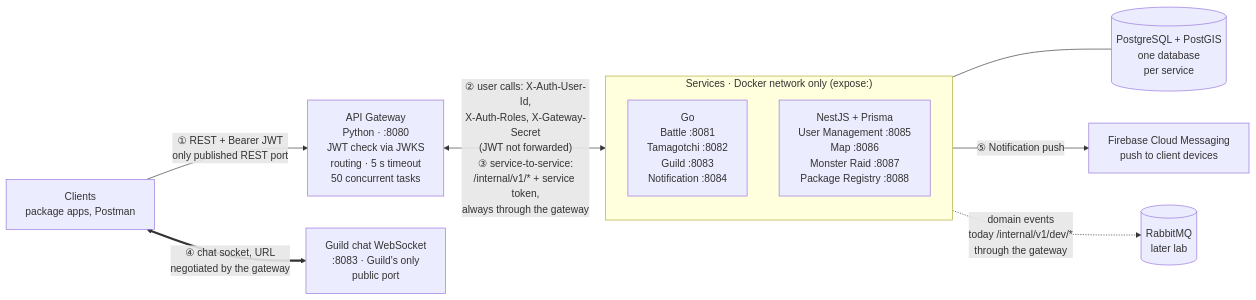
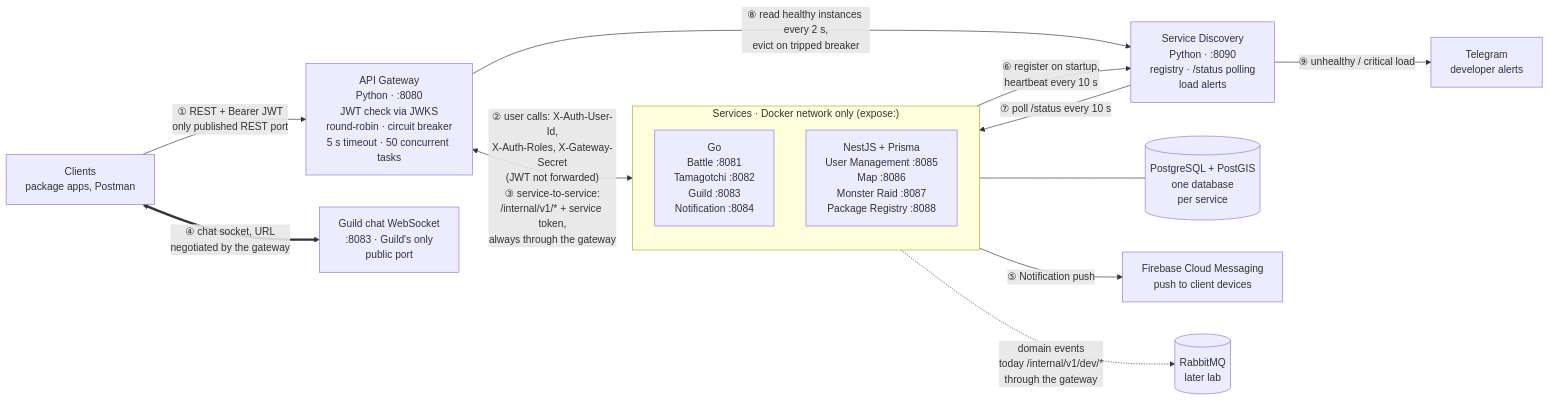
The first of 2 diagrams in README.md (MadalinaDev/tamagotchi-go-team-12), drawn with Mermaid before and after one commit. The commit also changed other lines of this file, not shown here.

Commit message:
docs(readme): document Lab 3 scaling and add Discovery to the architecture diagram

````diff
--- a/README.md
+++ b/README.md
@@ -44,22 +47,28 @@
 ```mermaid
 flowchart LR
     C["Clients<br/>package apps, Postman"]
-    GW["API Gateway<br/>Python · :8080<br/>JWT check via JWKS<br/>routing · 5 s timeout<br/>50 concurrent tasks"]
+    GW["API Gateway<br/>Python · :8080<br/>JWT check via JWKS<br/>round-robin · circuit breaker<br/>5 s timeout · 50 concurrent tasks"]
+    SD["Service Discovery<br/>Python · :8090<br/>registry · /status polling<br/>load alerts"]
+    TG["Telegram<br/>developer alerts"]
     WS["Guild chat WebSocket<br/>:8083 · Guild's only<br/>public port"]
 
     subgraph SVC["Services · Docker network only (expose:)"]
         GOS["Go<br/>Battle :8081<br/>Tamagotchi :8082<br/>Guild :8083<br/>Notification :8084"]
         NEST["NestJS + Prisma<br/>User Management :8085<br/>Map :8086<br/>Monster Raid :8087<br/>Package Registry :8088"]
     end
 
     DB[("PostgreSQL + PostGIS<br/>one database<br/>per service")]
     F["Firebase Cloud Messaging<br/>push to client devices"]
     Q[("RabbitMQ<br/>later lab")]
 
     C -->|"① REST + Bearer JWT<br/>only published REST port"| GW
     GW <-->|"② user calls: X-Auth-User-Id,<br/>X-Auth-Roles, X-Gateway-Secret<br/>(JWT not forwarded)<br/>③ service-to-service:<br/>/internal/v1/* + service token,<br/>always through the gateway"| SVC
     C <==>|"④ chat socket, URL<br/>negotiated by the gateway"| WS
     SVC --- DB
     SVC -->|"⑤ Notification push"| F
     SVC -.->|"domain events<br/>today /internal/v1/dev/*<br/>through the gateway"| Q
+    SVC -->|"⑥ register on startup,<br/>heartbeat every 10 s"| SD
+    SD -->|"⑦ poll /status every 10 s"| SVC
+    GW -->|"⑧ read healthy instances every 2 s,<br/>evict on tripped breaker"| SD
+    SD -->|"⑨ unhealthy / critical load"| TG
 ```
````
